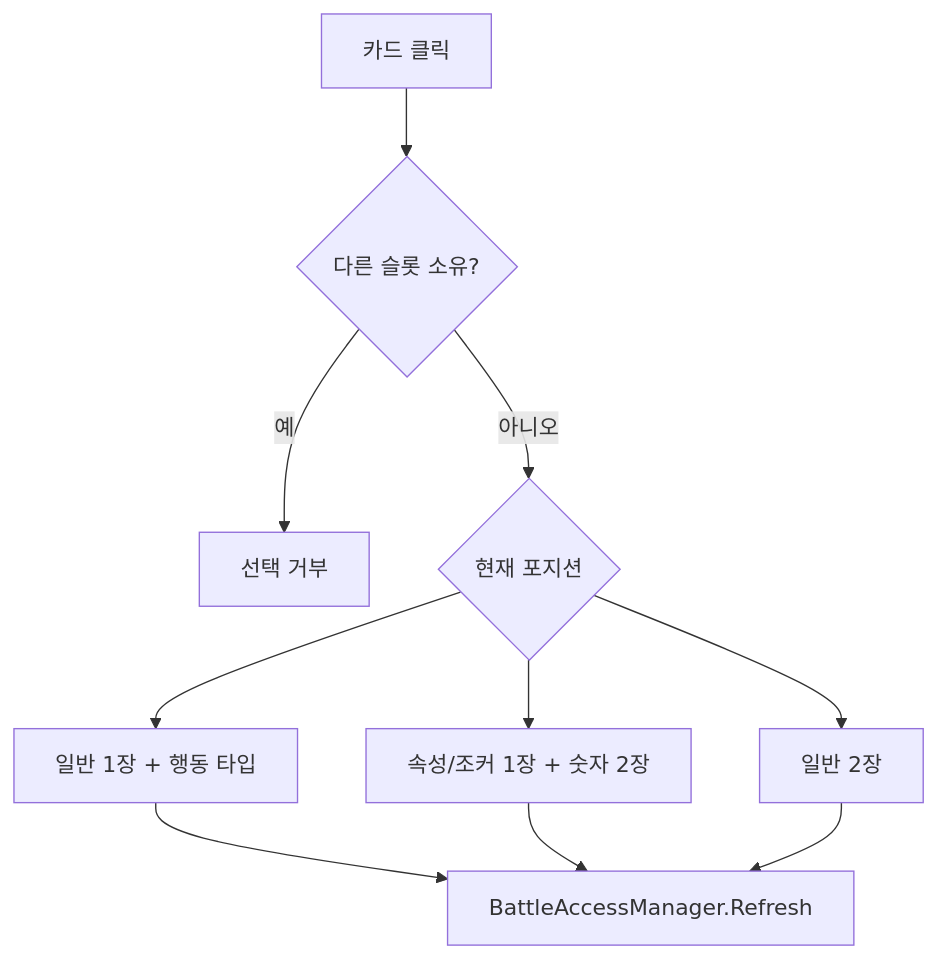
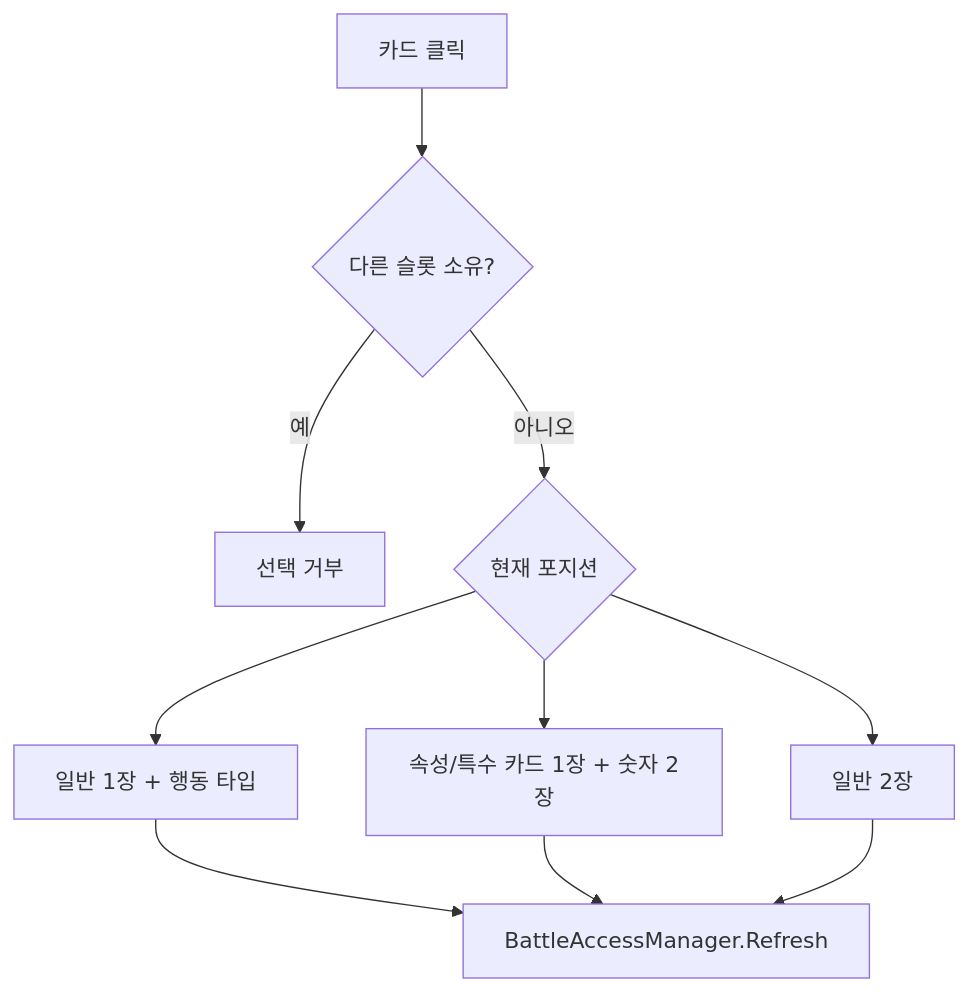
The diagram in wiki/01 시스템/카드 시스템.md (icrf-hot/Randint_Strategy_Record), drawn with Mermaid before and after one commit. The commit also changed other lines of this file and 7 other files, not shown here.

````diff
--- a/wiki/01 시스템/카드 시스템.md
+++ b/wiki/01 시스템/카드 시스템.md
@@ -69,12 +73,12 @@
 ```mermaid
 flowchart TD
     Card[카드 클릭] --> Owner{다른 슬롯 소유?}
     Owner -->|예| Reject[선택 거부]
     Owner -->|아니오| Position{현재 포지션}
     Position --> Front[일반 1장 + 행동 타입]
-    Position --> Middle[속성/조커 1장 + 숫자 2장]
+    Position --> Middle[속성/특수 카드 1장 + 숫자 2장]
     Position --> Back[일반 2장]
     Front --> Access[BattleAccessManager.Refresh]
     Middle --> Access
     Back --> Access
 ```
````
